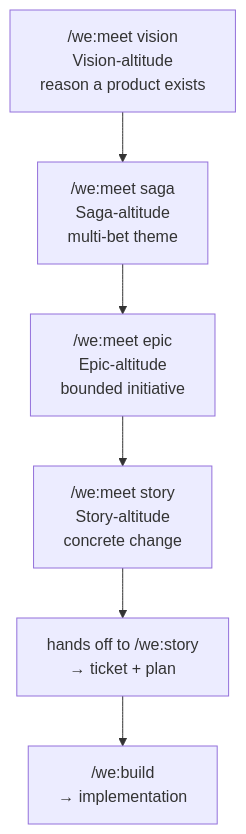
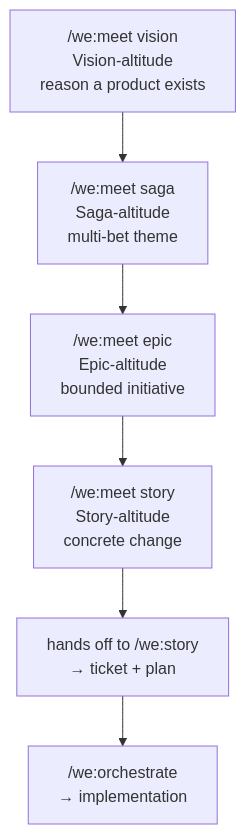
One commit to weside-ai/claude-code-plugin changed the diagram in docs/concepts/meetings.md. Above: the diagram before and after it, drawn with Mermaid. The commit also changed other lines of this file and 38 other files, not shown here.

````diff
--- a/docs/concepts/meetings.md
+++ b/docs/concepts/meetings.md
@@ -13,8 +13,8 @@
 ```mermaid
 flowchart TB
     V["/we:meet vision<br/>Vision-altitude<br/>reason a product exists"] --> S["/we:meet saga<br/>Saga-altitude<br/>multi-bet theme"]
     S --> E["/we:meet epic<br/>Epic-altitude<br/>bounded initiative"]
     E --> R["/we:meet story<br/>Story-altitude<br/>concrete change"]
     R --> Solo[hands off to /we:story<br/>→ ticket + plan]
-    Solo --> Build["/we:build<br/>→ implementation"]
+    Solo --> Build["/we:orchestrate<br/>→ implementation"]
 ```
````
